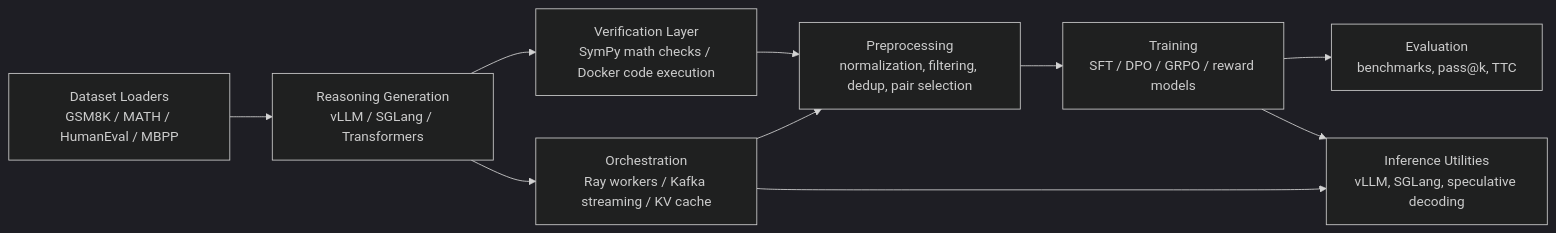
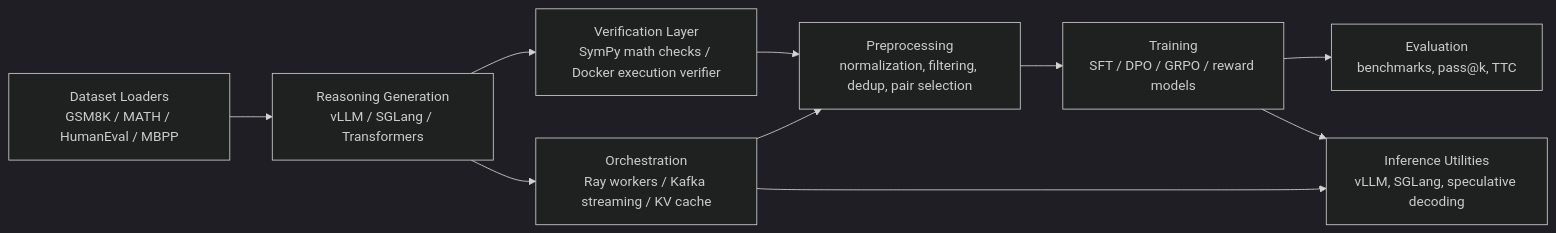
The diagram in README.md (DevDesai444/Distributed-Reasoning-Loop), drawn with Mermaid (dark theme) before and after one commit. The commit also changed other lines of this file, not shown here.

Commit message:
Update README for new verifier and reward model workflow

````diff
--- a/README.md
+++ b/README.md
@@ -49,12 +49,12 @@
 ```mermaid
 flowchart LR
     A["Dataset Loaders<br/>GSM8K / MATH / HumanEval / MBPP"] --> B["Reasoning Generation<br/>vLLM / SGLang / Transformers"]
-    B --> C["Verification Layer<br/>SymPy math checks / Docker code execution"]
+    B --> C["Verification Layer<br/>SymPy math checks / Docker execution verifier"]
     C --> D["Preprocessing<br/>normalization, filtering, dedup, pair selection"]
     D --> E["Training<br/>SFT / DPO / GRPO / reward models"]
     E --> F["Evaluation<br/>benchmarks, pass@k, TTC"]
     E --> G["Inference Utilities<br/>vLLM, SGLang, speculative decoding"]
     B --> H["Orchestration<br/>Ray workers / Kafka streaming / KV cache"]
     H --> D
     H --> G
 ```
````
